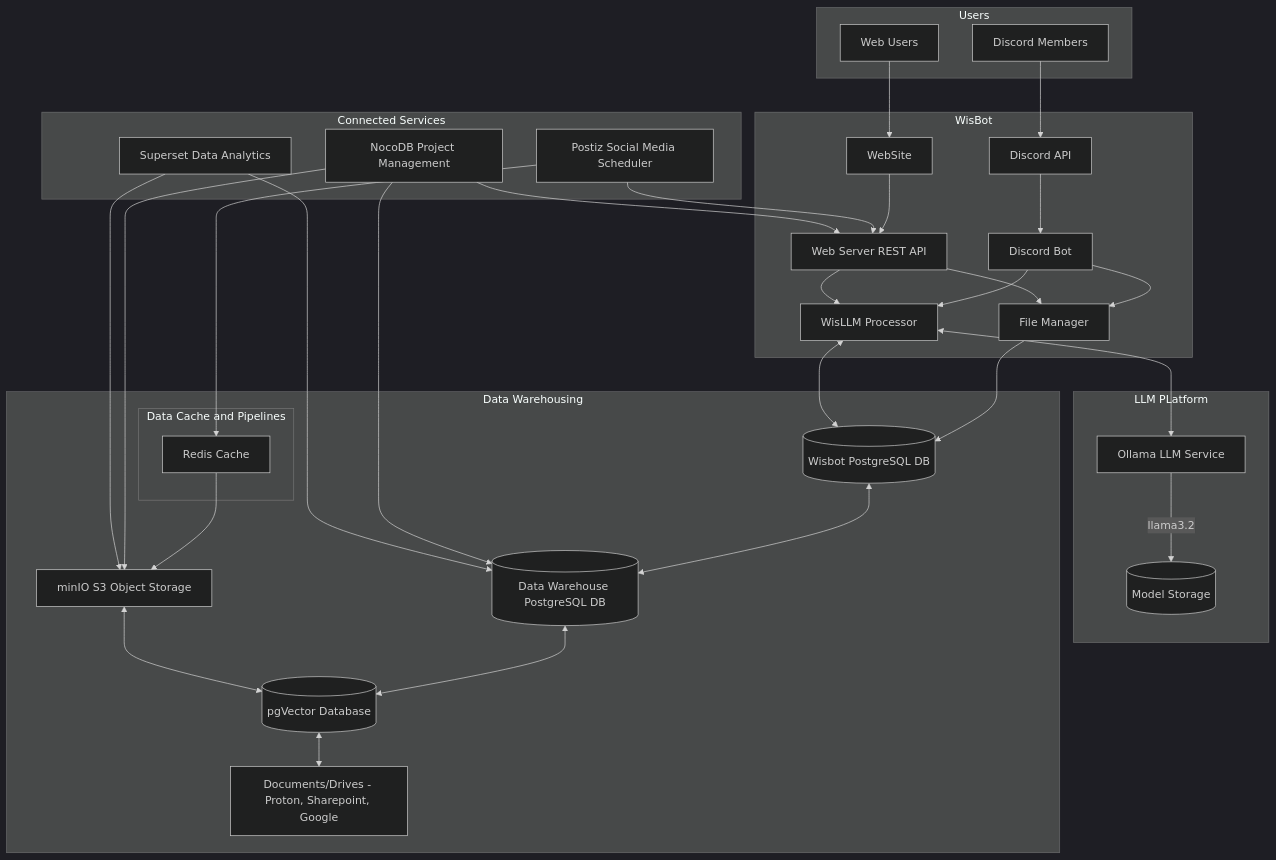
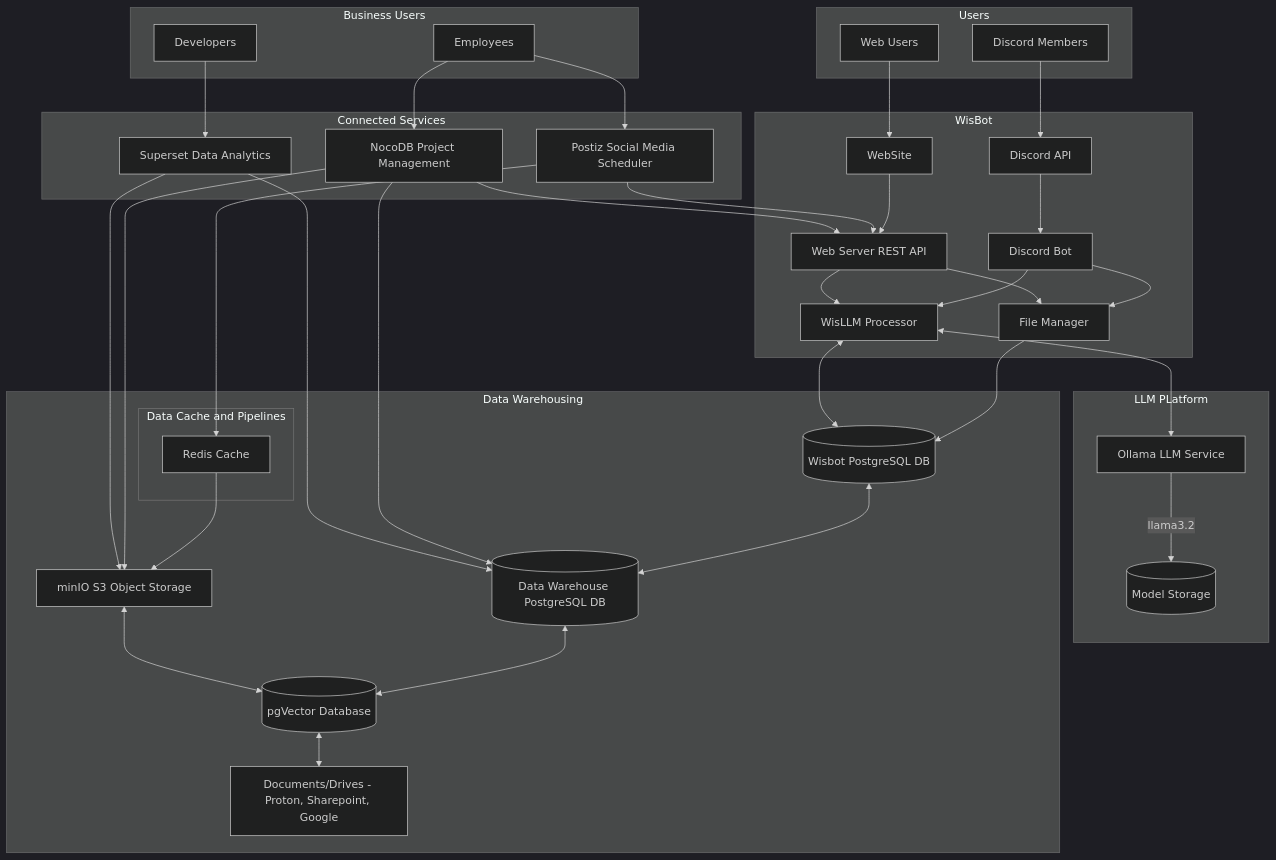
One commit to uhstray-io/WisBot changed the diagram in README.md. Above: the diagram before and after it, drawn with Mermaid (dark theme).

Commit message:
Update README.md
added business users

````diff
--- a/README.md
+++ b/README.md
@@ -73,57 +73,63 @@
 ```mermaid
 flowchart TD
 subgraph subgraph1["Users"]
     User["Discord Members"]
     WebUser["Web Users"]
+end
+subgraph subgraph7["Business Users"]
+    Employees
+    Developers
 end
 subgraph subGraph5["Connected Services"]
     NocoDB["NocoDB Project Management"]
     Postiz["Postiz Social Media Scheduler"]
     Superset["Superset Data Analytics"]
 end
 subgraph WisBot["WisBot"]
     Discord["Discord API"]
     WebSite["WebSite"]
     DiscordBot["Discord Bot"]
     FileManager["File Manager"]
     WisLLM["WisLLM Processor"]
     WebServerAPI["Web Server REST API"]
 end
 subgraph subGraph3["LLM PLatform"]
     Models[("Model Storage")]
     Ollama["Ollama LLM Service"]
 end
 subgraph DataBases["Data Warehousing"]
     subgraph subGraph4["Data Cache and Pipelines"]
         Redis["Redis Cache"]
     end
         DataWarehouse[("Data Warehouse PostgreSQL DB")]
         WisbotDB[("Wisbot PostgreSQL DB")]
         bizS3["minIO S3 Object Storage"]
         Drives["Documents/Drives - Proton, Sharepoint, Google"]
         VectorDB[("pgVector Database")]
 end
 
 
 
 
 
     Ollama -- "llama3.2" --> Models
     User --> Discord
+    Employees --> NocoDB & Postiz
+    Developers --> Superset
     WebUser --> WebSite
     WebSite --> WebServerAPI
     Discord --> DiscordBot
     DiscordBot --> WisLLM & FileManager
     WebServerAPI --> WisLLM & FileManager
     FileManager --> WisbotDB
     WisbotDB <--> DataWarehouse
     DataWarehouse <--> VectorDB
     VectorDB <--> Drives
     WisLLM <--> WisbotDB
     bizS3 <--> VectorDB
     Postiz --> WebServerAPI
     WisLLM <--> Ollama
     Postiz --> Redis --> bizS3
     NocoDB --> bizS3 & DataWarehouse & WebServerAPI
     Superset --> DataWarehouse & bizS3
 ```
````
